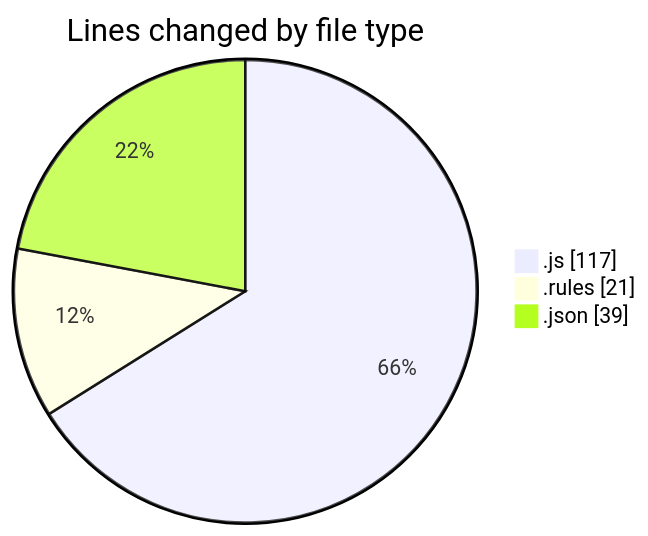
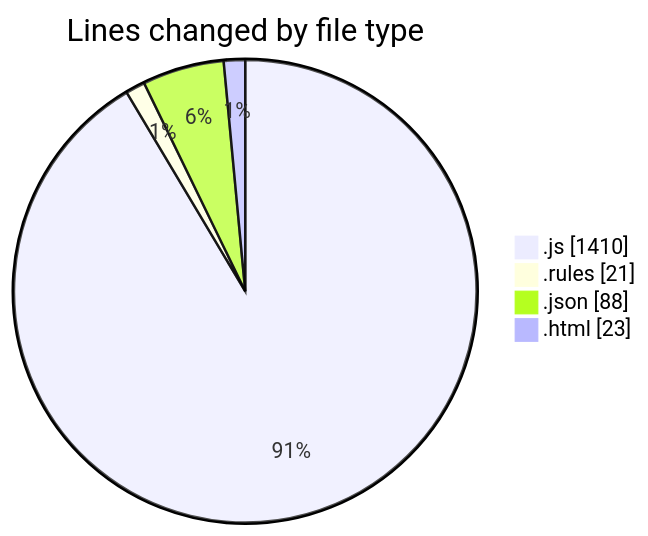
Before and after one commit to lephambinh05/code-tracking: the first of 2 diagrams in 2025-09-01/20m/README.md, drawn with Mermaid. The commit also changed other lines of this file and 1 other file, not shown here.

````diff
--- a/2025-09-01/20m/README.md
+++ b/2025-09-01/20m/README.md
@@ -24,7 +36,8 @@
 ```mermaid
 pie showData
 title Lines changed by file type
-".js" : 117
+".js" : 1410
 ".rules" : 21
-".json" : 39
+".json" : 88
+".html" : 23
 ```
````
